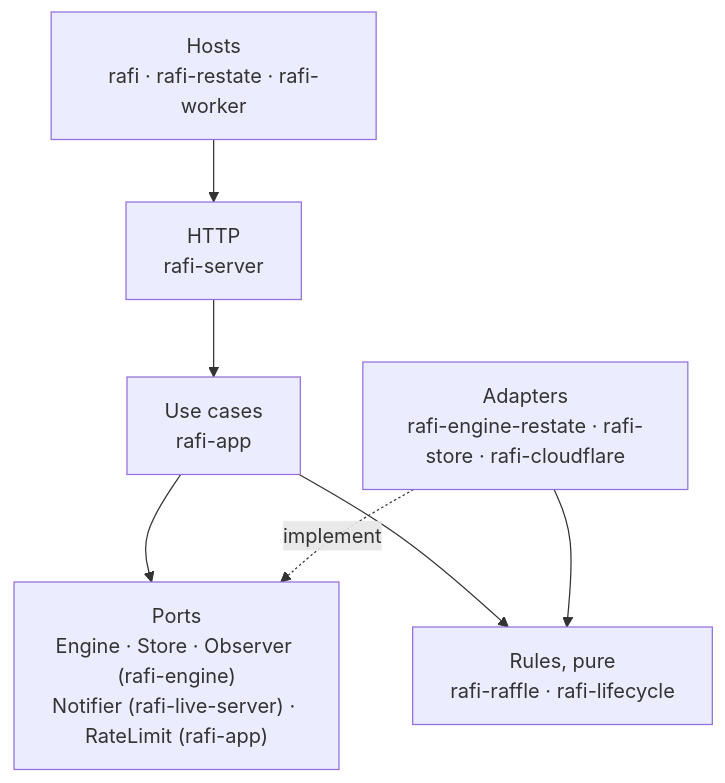
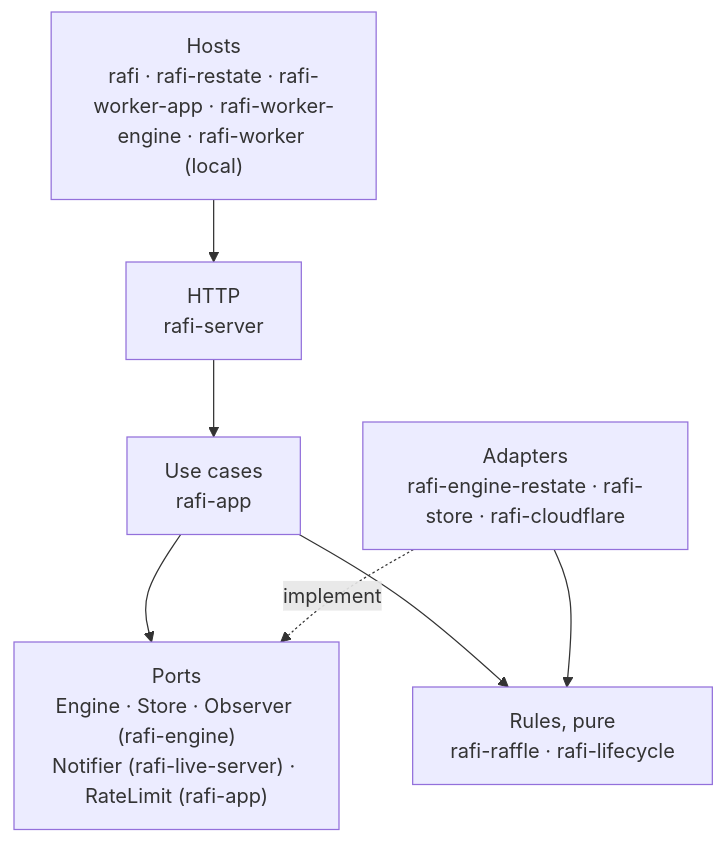
One commit to sagikazarmark/rafi.orig changed the second of 4 diagrams in docs/explanation/architecture.md. Above: the diagram before and after it, drawn with Mermaid. The commit also changed other lines of this file and 18 other files, not shown here.

````diff
--- a/docs/explanation/architecture.md
+++ b/docs/explanation/architecture.md
@@ -55,14 +55,14 @@
 ```mermaid
 flowchart TD
-    hosts["Hosts<br/>rafi · rafi-restate · rafi-worker"]
+    hosts["Hosts<br/>rafi · rafi-restate · rafi-worker-app · rafi-worker-engine · rafi-worker (local)"]
     http["HTTP<br/>rafi-server"]
     uc["Use cases<br/>rafi-app"]
     ports["Ports<br/>Engine · Store · Observer (rafi-engine)<br/>Notifier (rafi-live-server) · RateLimit (rafi-app)"]
     adapters["Adapters<br/>rafi-engine-restate · rafi-store · rafi-cloudflare"]
     rules["Rules, pure<br/>rafi-raffle · rafi-lifecycle"]
 
     hosts --> http --> uc --> ports
     adapters -. implement .-> ports
     uc --> rules
     adapters --> rules
 ```
````
